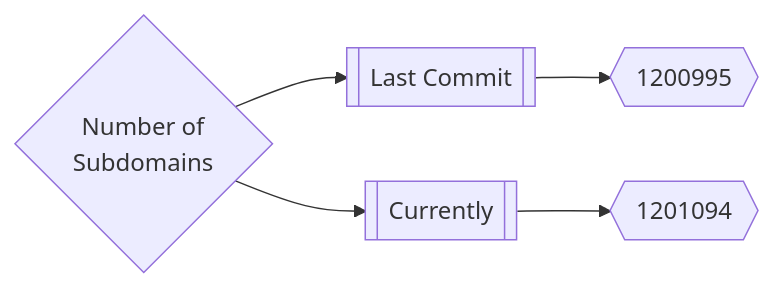
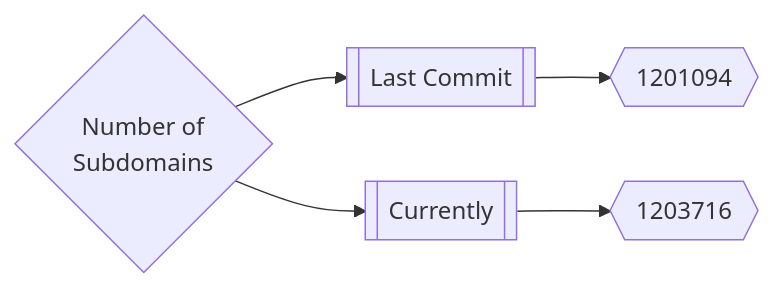
One commit to trickest/inventory changed the first of 3 diagrams in README.md. Above: the diagram before and after it, drawn with Mermaid. The commit also changed other lines of this file, not shown here.

Commit message:
Update Sun Apr  3 04:13:50 UTC 2022

````diff
--- a/README.md
+++ b/README.md
@@ -165,5 +165,5 @@
 ```mermaid
 graph LR
-title{Number of<br>Subdomains} --> subdomainsDate1[[Last Commit]] --> subdomainsNum1{{1200995}}
-title --> subdomainsDate2[[Currently]] --> subdomainsNum2{{1201094}}
+title{Number of<br>Subdomains} --> subdomainsDate1[[Last Commit]] --> subdomainsNum1{{1201094}}
+title --> subdomainsDate2[[Currently]] --> subdomainsNum2{{1203716}}
 ```
````
